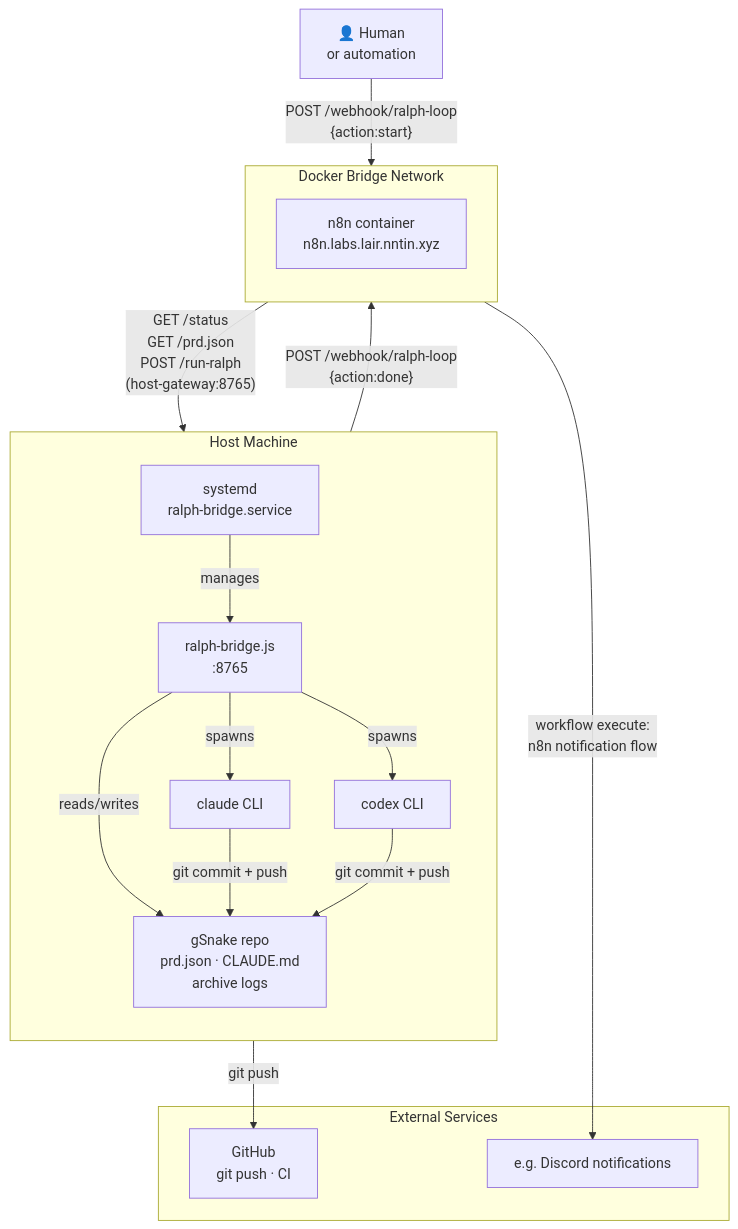
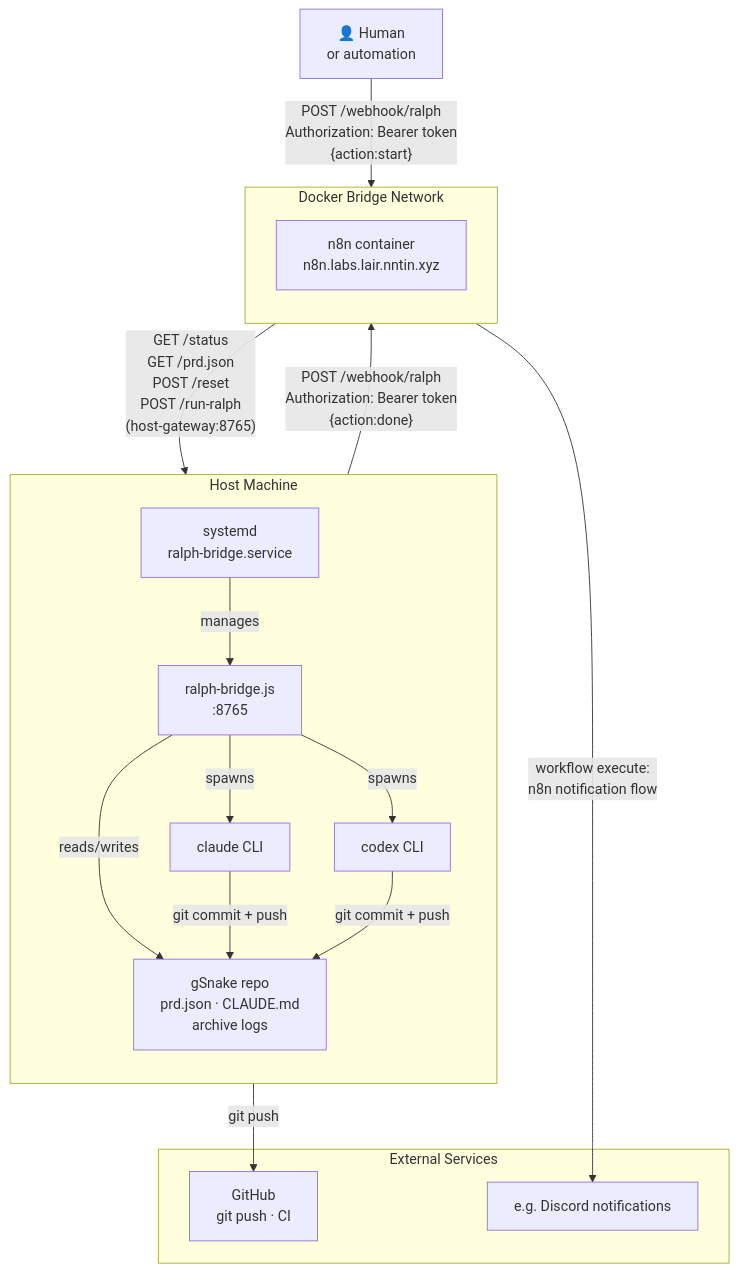
One commit to NNTin/gsnake-specs changed the first of 8 diagrams in ralph-loop/architecture.md. Above: the diagram before and after it, drawn with Mermaid. The commit also changed other lines of this file, not shown here.

First line of the commit message:
feat: improve ralph-loop architecture — auth gateway, reset/abort, amp removal

````diff
--- a/ralph-loop/architecture.md
+++ b/ralph-loop/architecture.md
@@ -12,46 +12,49 @@
 ```mermaid
 graph TB
     subgraph Host["Host Machine"]
         direction TB
         CLI_C["claude CLI"]
         CLI_X["codex CLI"]
         Bridge["ralph-bridge.js
         :8765"]
         Repo["gSnake repo
         prd.json · CLAUDE.md
         archive logs"]
         SD["systemd
         ralph-bridge.service"]
 
         SD -->|"manages"| Bridge
         Bridge -->|"spawns"| CLI_C
         Bridge -->|"spawns"| CLI_X
         Bridge -->|"reads/writes"| Repo
         CLI_C -->|"git commit + push"| Repo
         CLI_X -->|"git commit + push"| Repo
     end
 
     subgraph DockerNet["Docker Bridge Network"]
         direction TB
         N8N["n8n container
         n8n.labs.lair.nntin.xyz"]
     end
 
     subgraph External["External Services"]
         GH["GitHub
         git push · CI"]
         Notification["e.g. Discord notifications"]
     end
 
     Human["👤 Human
-    or automation"] -->|"POST /webhook/ralph-loop
+    or automation"] -->|"POST /webhook/ralph
+    Authorization: Bearer token
     {action:start}"| N8N
     N8N -->|"GET /status
     GET /prd.json
+    POST /reset
     POST /run-ralph
     (host-gateway:8765)"| Bridge
-    Bridge -->|"POST /webhook/ralph-loop
+    Bridge -->|"POST /webhook/ralph
+    Authorization: Bearer token
     {action:done}"| N8N
     N8N -->|"workflow execute:<br>n8n notification flow"| Notification
     Repo -->|"git push"| GH
 ```
````
